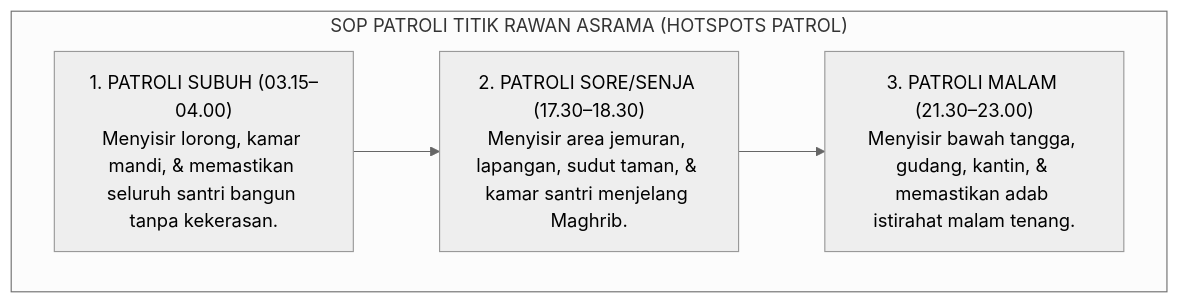
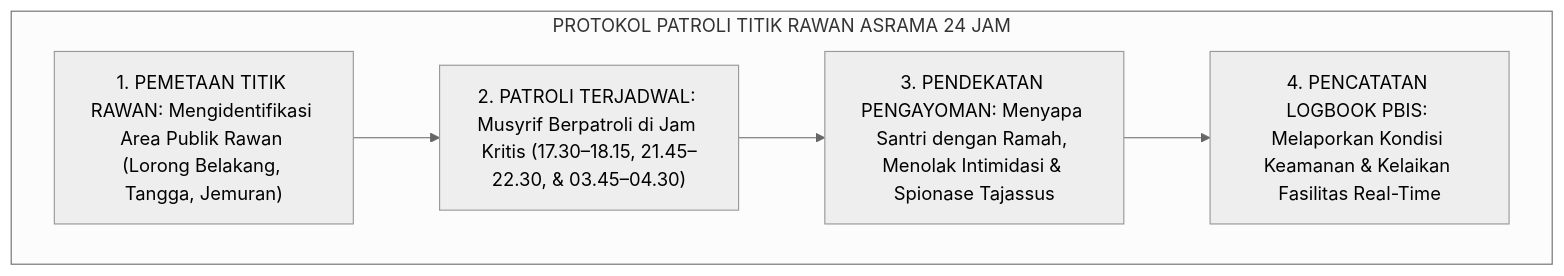
Before and after one commit to wandiapriliyandi/tumbuh: the fourth of 4 diagrams in 01 Philosophy/06 Change/P1-06-03-Ekosistem-Biah-Shalihah-dan-Desain-Lingkungan.md, drawn with Mermaid (neutral theme). The commit also changed other lines of this file and 7 other files, not shown here.

````diff
--- a/01 Philosophy/06 Change/P1-06-03-Ekosistem-Biah-Shalihah-dan-Desain-Lingkungan.md
+++ b/01 Philosophy/06 Change/P1-06-03-Ekosistem-Biah-Shalihah-dan-Desain-Lingkungan.md
@@ -189,12 +181,9 @@
 ```mermaid
-graph TD
-    subgraph SiklusPatroliHotspots["SOP PATROLI TITIK RAWAN ASRAMA (HOTSPOTS PATROL)"]
-        P1["1. PATROLI SUBUH (03.15–04.00)<br/>Menyisir lorong, kamar mandi, & memastikan seluruh santri bangun tanpa kekerasan."]
-        
-        P2["2. PATROLI SORE/SENJA (17.30–18.30)<br/>Menyisir area jemuran, lapangan, sudut taman, & kamar santri menjelang Maghrib."]
-        
-        P3["3. PATROLI MALAM (21.30–23.00)<br/>Menyisir bawah tangga, gudang, kantin, & memastikan adab istirahat malam tenang."]
-        
-        P1 --> P2 --> P3
+flowchart TD
+    subgraph ProtokolPatroliAsrama["PROTOKOL PATROLI TITIK RAWAN ASRAMA 24 JAM"]
+        Pemetaan["1. PEMETAAN TITIK RAWAN: Mengidentifikasi Area Publik Rawan (Lorong Belakang, Tangga, Jemuran)"]
+        --> JadwalPatroli["2. PATROLI TERJADWAL: Musyrif Berpatroli di Jam Kritis (17.30–18.15, 21.45–22.30, & 03.45–04.30)"]
+        --> SapaanHangat["3. PENDEKATAN PENGAYOMAN: Menyapa Santri dengan Ramah, Menolak Intimidasi & Spionase Tajassus"]
+        --> LaporanDigital["4. PENCATATAN LOGBOOK PBIS: Melaporkan Kondisi Keamanan & Kelaikan Fasilitas Real-Time"]
     end
 ```
````
